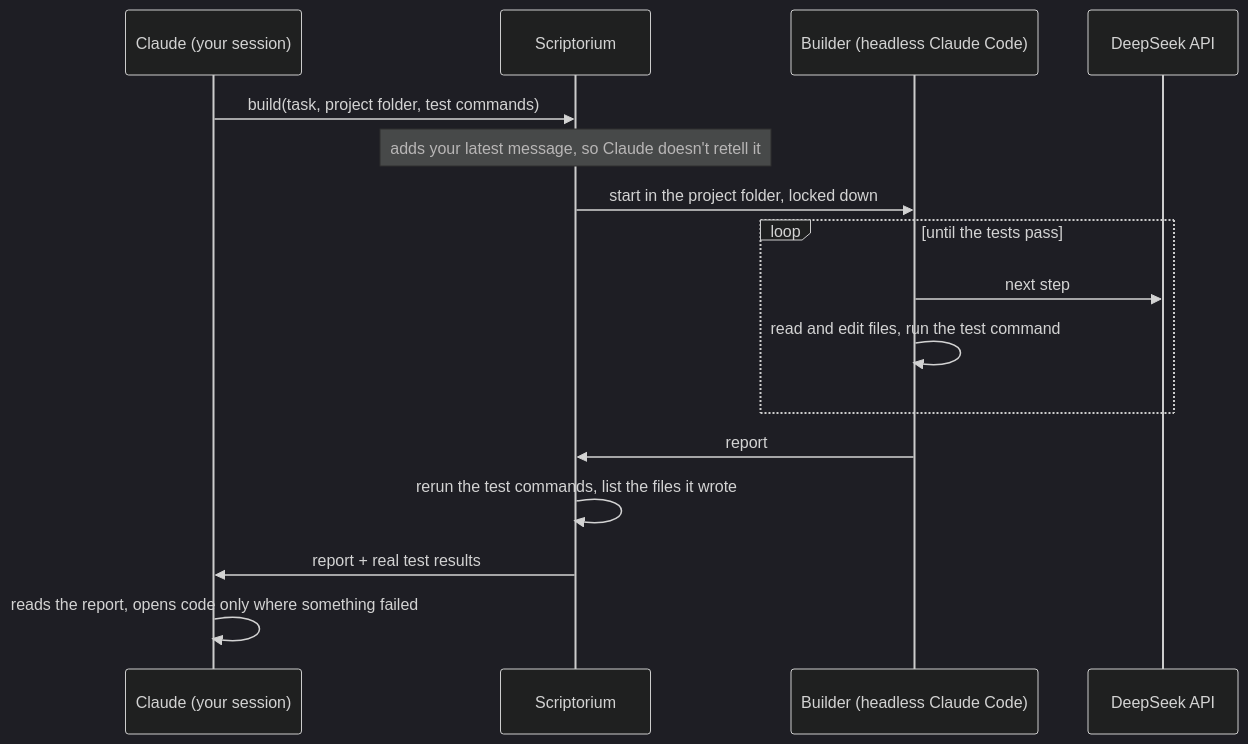
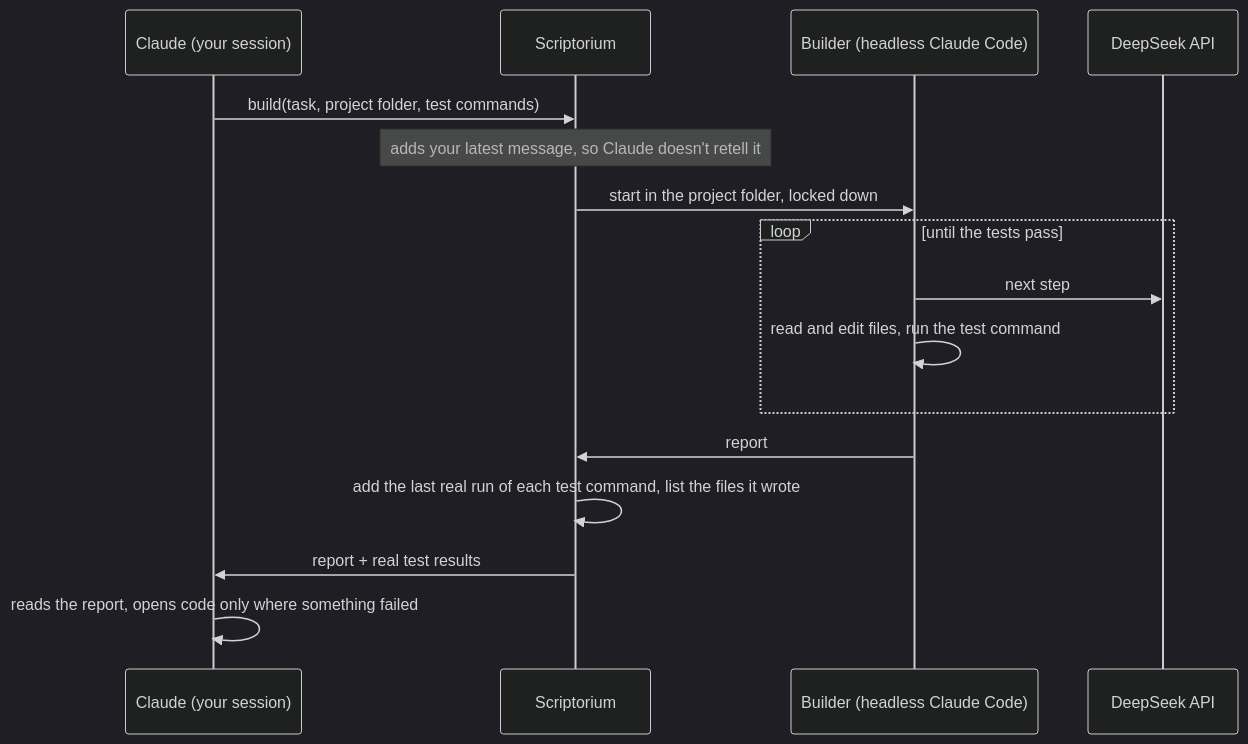
The second of 2 diagrams in README.md (AkbulutMirac/scriptorium), drawn with Mermaid (dark theme) before and after one commit. The commit also changed other lines of this file and 22 other files, not shown here.

````diff
--- a/README.md
+++ b/README.md
@@ -100,18 +100,18 @@
 ```mermaid
 sequenceDiagram
   participant C as Claude (your session)
   participant S as Scriptorium
   participant B as Builder (headless Claude Code)
   participant D as DeepSeek API
   C->>S: build(task, project folder, test commands)
   Note over S: adds your latest message, so Claude doesn't retell it
   S->>B: start in the project folder, locked down
   loop until the tests pass
     B->>D: next step
     B->>B: read and edit files, run the test command
   end
   B->>S: report
-  S->>S: rerun the test commands, list the files it wrote
+  S->>S: add the last real run of each test command, list the files it wrote
   S->>C: report + real test results
   C->>C: reads the report, opens code only where something failed
 ```
````
